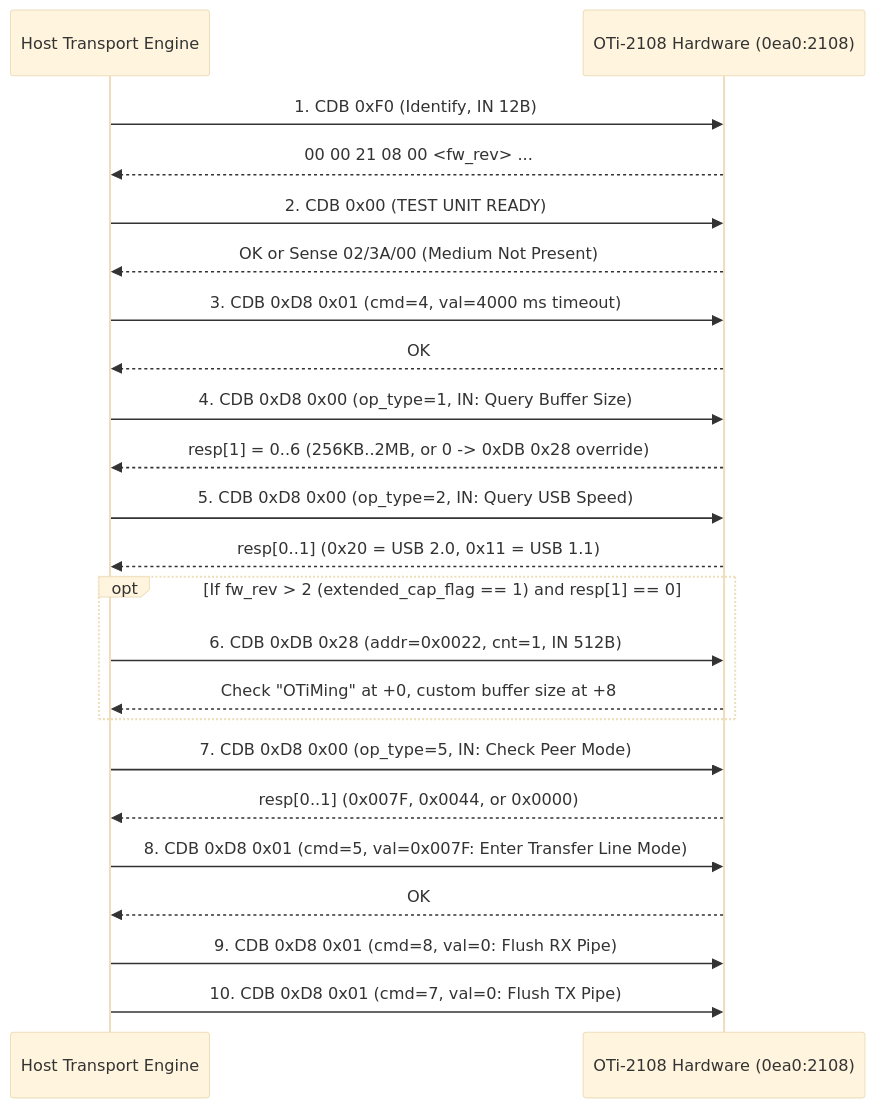
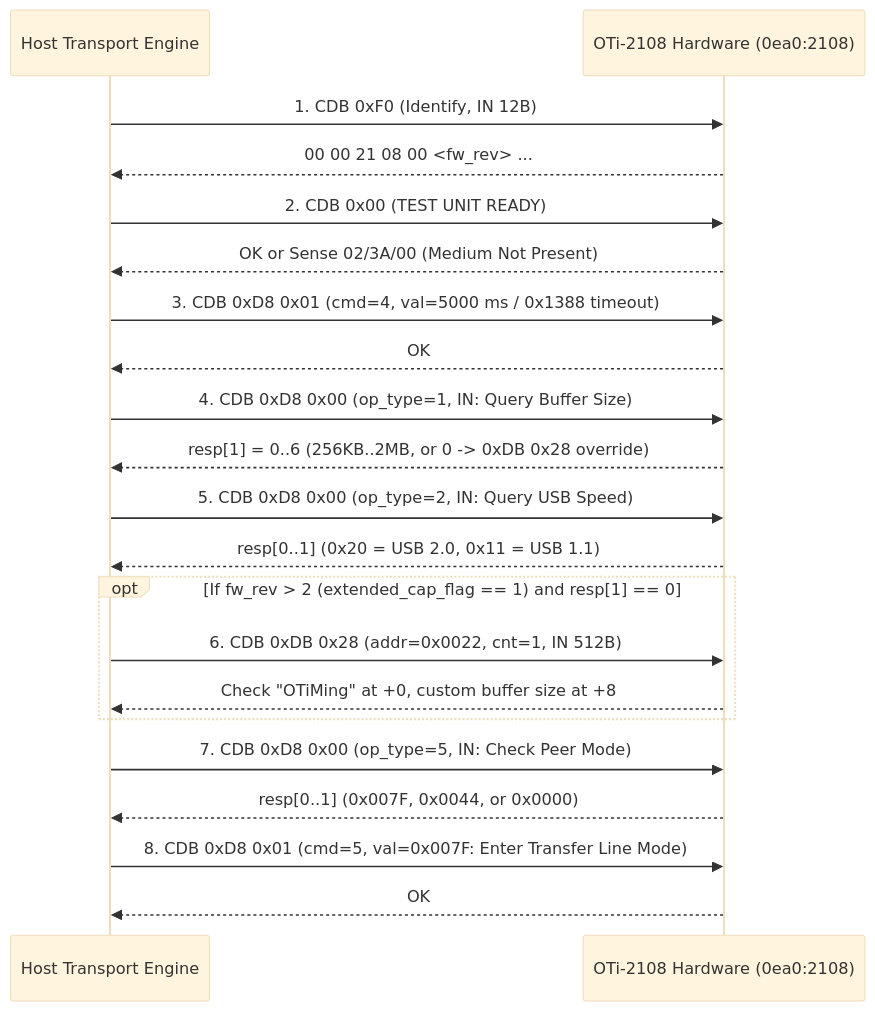
Before and after one commit to brlin-tw/easysync-cleanroom: the diagram in specs/01-usb-and-scsi-transport-spec.md, drawn with Mermaid (base theme). The commit also changed other lines of this file and 1 other file, not shown here.

````diff
--- a/specs/01-usb-and-scsi-transport-spec.md
+++ b/specs/01-usb-and-scsi-transport-spec.md
@@ -284,26 +292,24 @@
 ```mermaid
 sequenceDiagram
     participant Host as Host Transport Engine
     participant Bridge as OTi-2108 Hardware (0ea0:2108)
 
     Host->>Bridge: 1. CDB 0xF0 (Identify, IN 12B)
     Bridge-->>Host: 00 00 21 08 00 <fw_rev> ...
     Host->>Bridge: 2. CDB 0x00 (TEST UNIT READY)
     Bridge-->>Host: OK or Sense 02/3A/00 (Medium Not Present)
-    Host->>Bridge: 3. CDB 0xD8 0x01 (cmd=4, val=4000 ms timeout)
+    Host->>Bridge: 3. CDB 0xD8 0x01 (cmd=4, val=5000 ms / 0x1388 timeout)
     Bridge-->>Host: OK
     Host->>Bridge: 4. CDB 0xD8 0x00 (op_type=1, IN: Query Buffer Size)
     Bridge-->>Host: resp[1] = 0..6 (256KB..2MB, or 0 -> 0xDB 0x28 override)
     Host->>Bridge: 5. CDB 0xD8 0x00 (op_type=2, IN: Query USB Speed)
     Bridge-->>Host: resp[0..1] (0x20 = USB 2.0, 0x11 = USB 1.1)
     opt If fw_rev > 2 (extended_cap_flag == 1) and resp[1] == 0
         Host->>Bridge: 6. CDB 0xDB 0x28 (addr=0x0022, cnt=1, IN 512B)
         Bridge-->>Host: Check "OTiMing" at +0, custom buffer size at +8
     end
     Host->>Bridge: 7. CDB 0xD8 0x00 (op_type=5, IN: Check Peer Mode)
     Bridge-->>Host: resp[0..1] (0x007F, 0x0044, or 0x0000)
     Host->>Bridge: 8. CDB 0xD8 0x01 (cmd=5, val=0x007F: Enter Transfer Line Mode)
     Bridge-->>Host: OK
-    Host->>Bridge: 9. CDB 0xD8 0x01 (cmd=8, val=0: Flush RX Pipe)
-    Host->>Bridge: 10. CDB 0xD8 0x01 (cmd=7, val=0: Flush TX Pipe)
 ```
````
